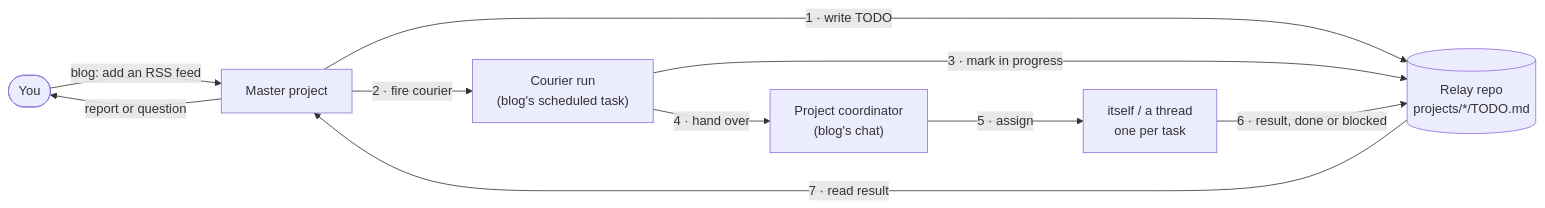
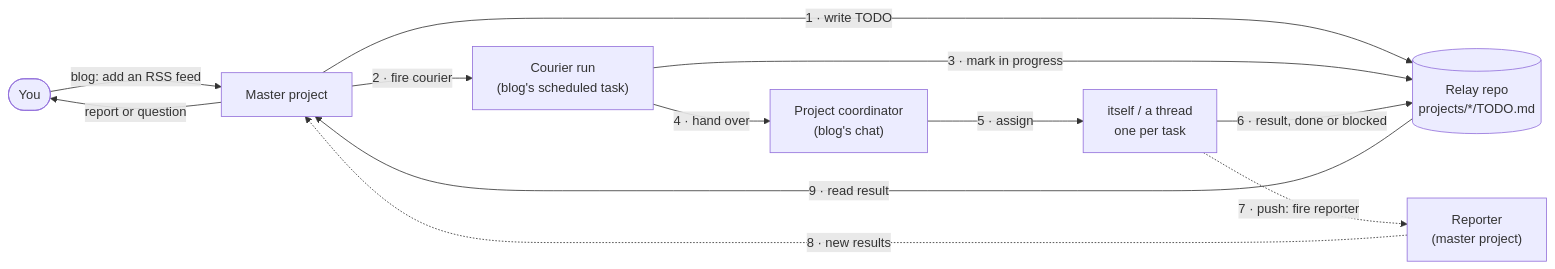
The diagram in README.md (glenviddich/project-relay), drawn with Mermaid before and after one commit. The commit also changed other lines of this file and 2 other files, not shown here.

First line of the commit message:
docs: explain feedback modes and redraw diagrams with the reporter

````diff
--- a/README.md
+++ b/README.md
@@ -8,12 +8,14 @@
 ```mermaid
 flowchart LR
     you([You]) -- "blog: add an RSS feed" --> master[Master project]
     master -- "1 · write TODO" --> repo[("Relay repo<br/>projects/*/TODO.md")]
     master -- "2 · fire courier" --> courier["Courier run<br/>(blog's scheduled task)"]
     courier -- "3 · mark in progress" --> repo
     courier -- "4 · hand over" --> coord["Project coordinator<br/>(blog's chat)"]
     coord -- "5 · assign" --> work["itself / a thread<br/>one per task"]
     work -- "6 · result, done or blocked" --> repo
-    repo -- "7 · read result" --> master
+    work -. "7 · push: fire reporter" .-> reporter["Reporter<br/>(master project)"]
+    reporter -. "8 · new results" .-> master
+    repo -- "9 · read result" --> master
     master -- "report or question" --> you
 ```
````
